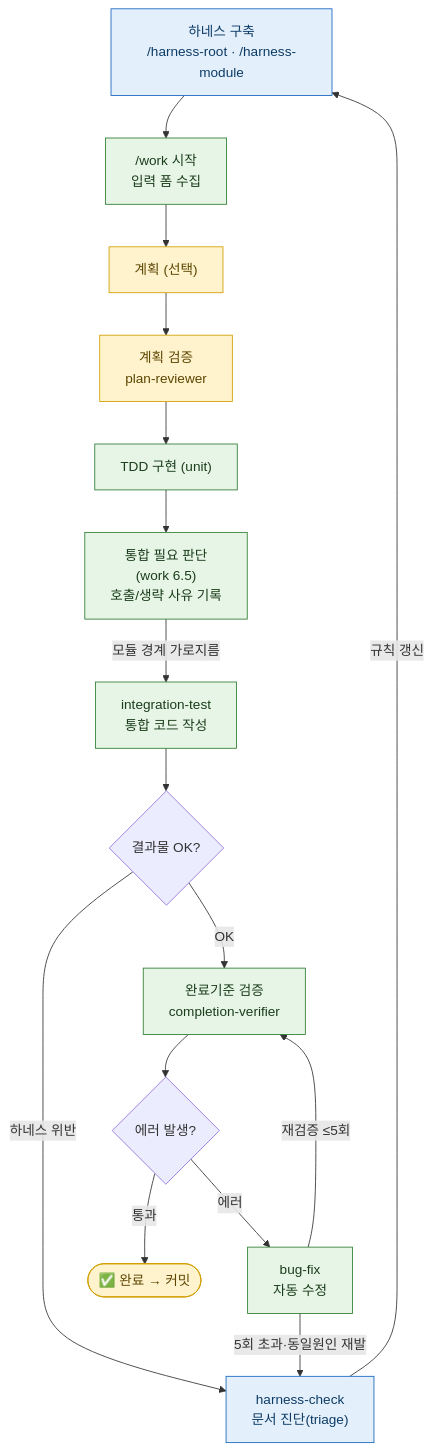
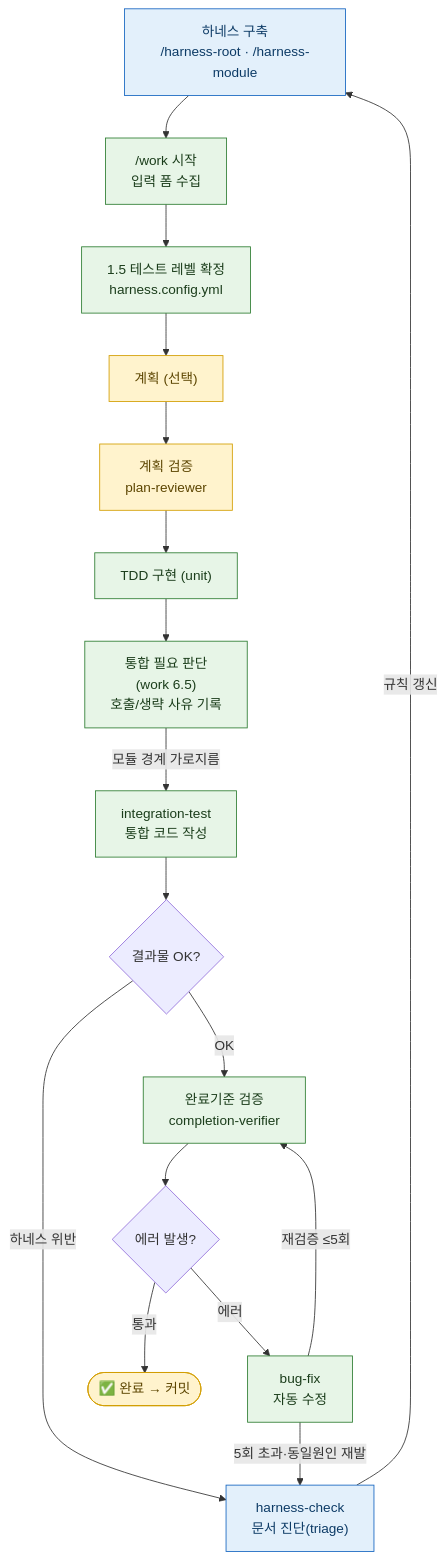
The diagram in README.md (yunjeLee/solution-harness-plugin), drawn with Mermaid before and after one commit. The commit also changed other lines of this file, not shown here.

First line of the commit message:
docs: README 에 harness.config.yml 테스트 레벨 설정 노출

````diff
--- a/README.md
+++ b/README.md
@@ -86,25 +108,26 @@
 ```mermaid
 flowchart TD
     H["하네스 구축<br/>/harness-root · /harness-module"]:::harness
     H --> W["/work 시작<br/>입력 폼 수집"]:::auto
-    W --> P["계획 (선택)"]:::gate
+    W --> LV["1.5 테스트 레벨 확정<br/>harness.config.yml"]:::auto
+    LV --> P["계획 (선택)"]:::gate
     P --> PR["계획 검증<br/>plan-reviewer"]:::gate
     PR --> TDD["TDD 구현 (unit)"]:::auto
     TDD --> IT["통합 필요 판단<br/>(work 6.5)<br/>호출/생략 사유 기록"]:::auto
     IT -->|모듈 경계 가로지름| ITS["integration-test<br/>통합 코드 작성"]:::auto
     ITS --> Q{"결과물 OK?"}
     Q -->|하네스 위반| HC
     Q -->|OK| CRI["완료기준 검증<br/>completion-verifier"]:::auto
     CRI --> Q2{에러 발생?}
     Q2 -->|에러| BF["bug-fix<br/>자동 수정"]:::auto
     BF -->|재검증 ≤5회| CRI
     Q2 -->|통과| DONE([✅ 완료 → 커밋]):::gate
 
     BF -->|5회 초과·동일원인 재발| HC
     HC["harness-check<br/>문서 진단(triage)"]:::harness
     HC -->|규칙 갱신| H
 
     classDef auto fill:#e7f5e7,stroke:#2e7d32,color:#1b3d1b
     classDef gate fill:#fff3cd,stroke:#d39e00,color:#5c4500
     classDef harness fill:#e3f0fb,stroke:#1565c0,color:#0d3b66
 ```
````
